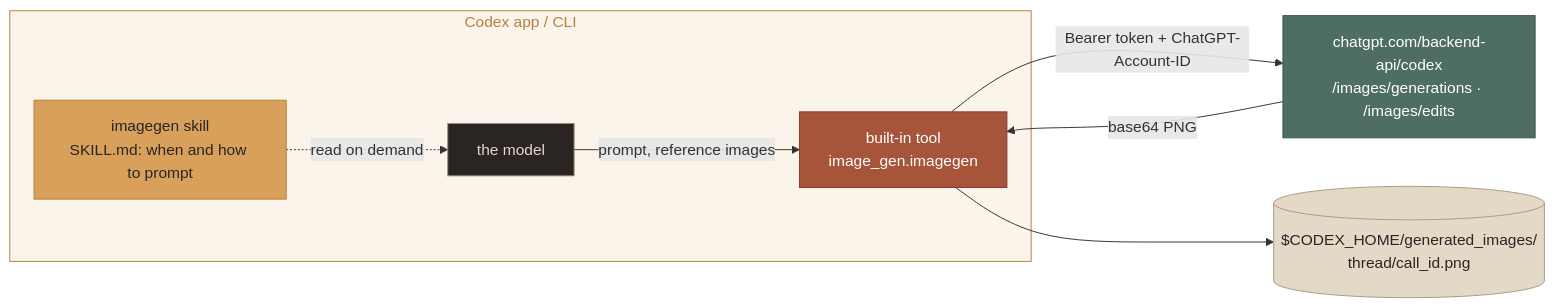
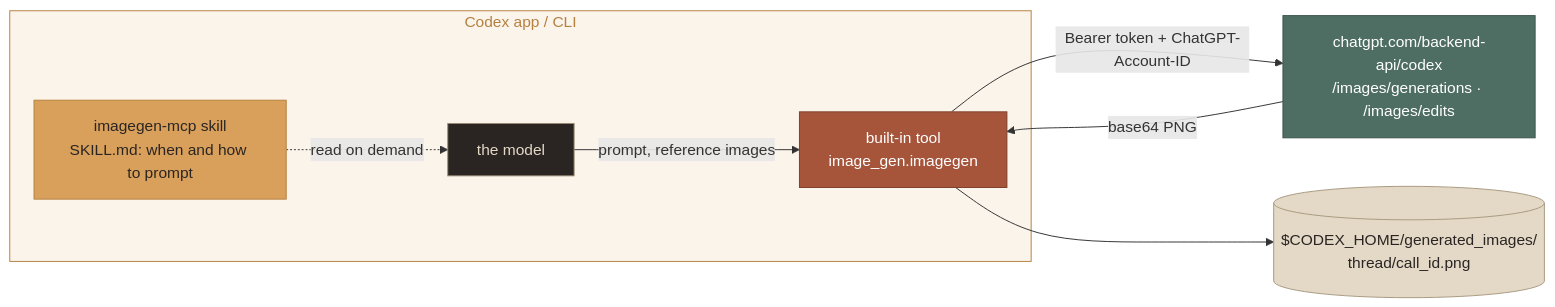
Before and after one commit to ShalomObongo/codex-imagegen-mcp: the diagram in docs/BACKEND.md, drawn with Mermaid. The commit also changed 20 other files, not shown here.

First line of the commit message:
refactor(skill): rename the bundled skill to imagegen-mcp

````diff
--- a/docs/BACKEND.md
+++ b/docs/BACKEND.md
@@ -19,21 +19,21 @@
 ```mermaid
 flowchart LR
     subgraph codex ["Codex app / CLI"]
-        skill["imagegen skill<br/>SKILL.md: when and how to prompt"]:::ochre
+        skill["imagegen-mcp skill<br/>SKILL.md: when and how to prompt"]:::ochre
         tool["built-in tool<br/>image_gen.imagegen"]:::rust
         model["the model"]:::ink
     end
     backend["chatgpt.com/backend-api/codex<br/>/images/generations · /images/edits"]:::teal
     file[("$CODEX_HOME/generated_images/<br/>thread/call_id.png")]:::cream
     skill -. "read on demand" .-> model
     model -- "prompt, reference images" --> tool
     tool -- "Bearer token + ChatGPT-Account-ID" --> backend
     backend -- "base64 PNG" --> tool
     tool --> file
     classDef ink fill:#2A2523,stroke:#9A8C76,color:#E4D9C6
     classDef rust fill:#A6553B,stroke:#7E3F2B,color:#FFFFFF
     classDef ochre fill:#D9A05B,stroke:#B5813F,color:#2A2523
     classDef teal fill:#4E6E63,stroke:#3A544B,color:#FFFFFF
     classDef cream fill:#E4D9C6,stroke:#A89A80,color:#2A2523
     style codex fill:#D9A05B1F,stroke:#B5813F,color:#B5813F
 ```
````
